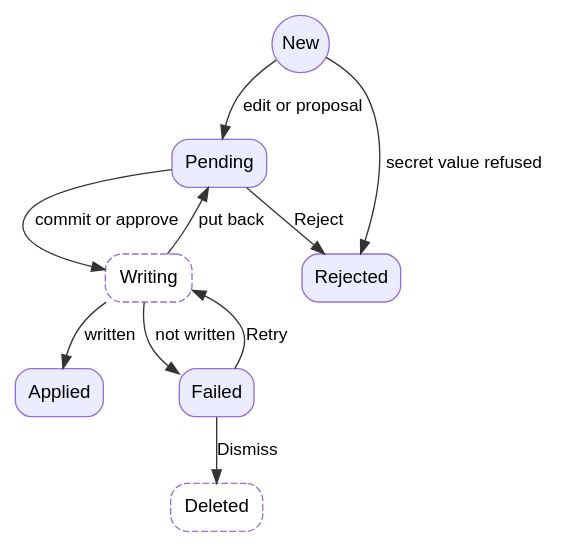
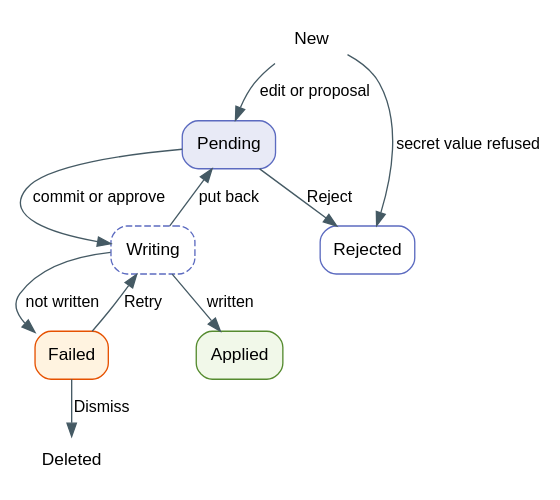
Before and after one commit to tnek213/bwtidy: the diagram in docs/reference/ui.md, drawn with Graphviz. The commit also changed other lines of this file and 18 other files, not shown here.

````diff
--- a/docs/reference/ui.md
+++ b/docs/reference/ui.md
@@ -315,20 +315,25 @@
 ```graphviz alt="A new edit or proposal starts on Pending. A proposal that would put a secret value into a plain column goes straight to Rejected. A write takes entries from Pending and moves each to Applied or Failed. Entries that the write does not reach go back to Pending. Reject moves an entry to Rejected. Retry writes a failed entry again and Dismiss deletes it."
 digraph {
   rankdir=TB
-  bgcolor=white
-  node [shape=box style="rounded,filled" fillcolor="#ececff" color="#9370db" fontname="sans-serif" fontsize=14]
-  edge [color="#333333" fontname="sans-serif" fontsize=13]
-  new [shape=circle fixedsize=true width=0.6 label="New"]
+  nodesep=0.4
+  ranksep=0.4
+  fontname="sans-serif"
+  node [fontname="sans-serif" fontsize=13 shape=box style="rounded,filled" fillcolor="#ffffff" color="#5c6bc0" margin="0.12,0.06"]
+  edge [fontname="sans-serif" fontsize=12 color="#455a64"]
+  new [label="New" shape=plaintext style=""]
+  Pending [fillcolor="#e8eaf6"]
+  Applied [fillcolor="#f1f8e9" color="#558b2f"]
+  Failed [fillcolor="#fff3e0" color="#e65100"]
   writing [label="Writing" style="rounded,dashed"]
-  gone [label="Deleted" style="rounded,dashed"]
+  gone [label="Deleted" shape=plaintext style=""]
   new -> Pending [label="edit or proposal"]
   new -> Rejected [label="secret value refused"]
   Pending -> writing [label="commit or approve"]
   Pending -> Rejected [label="Reject"]
   writing -> Applied [label="written"]
   writing -> Failed [label="not written"]
   writing -> Pending [label="put back"]
   Failed -> writing [label="Retry"]
   Failed -> gone [label="Dismiss"]
 }
 ```
````
